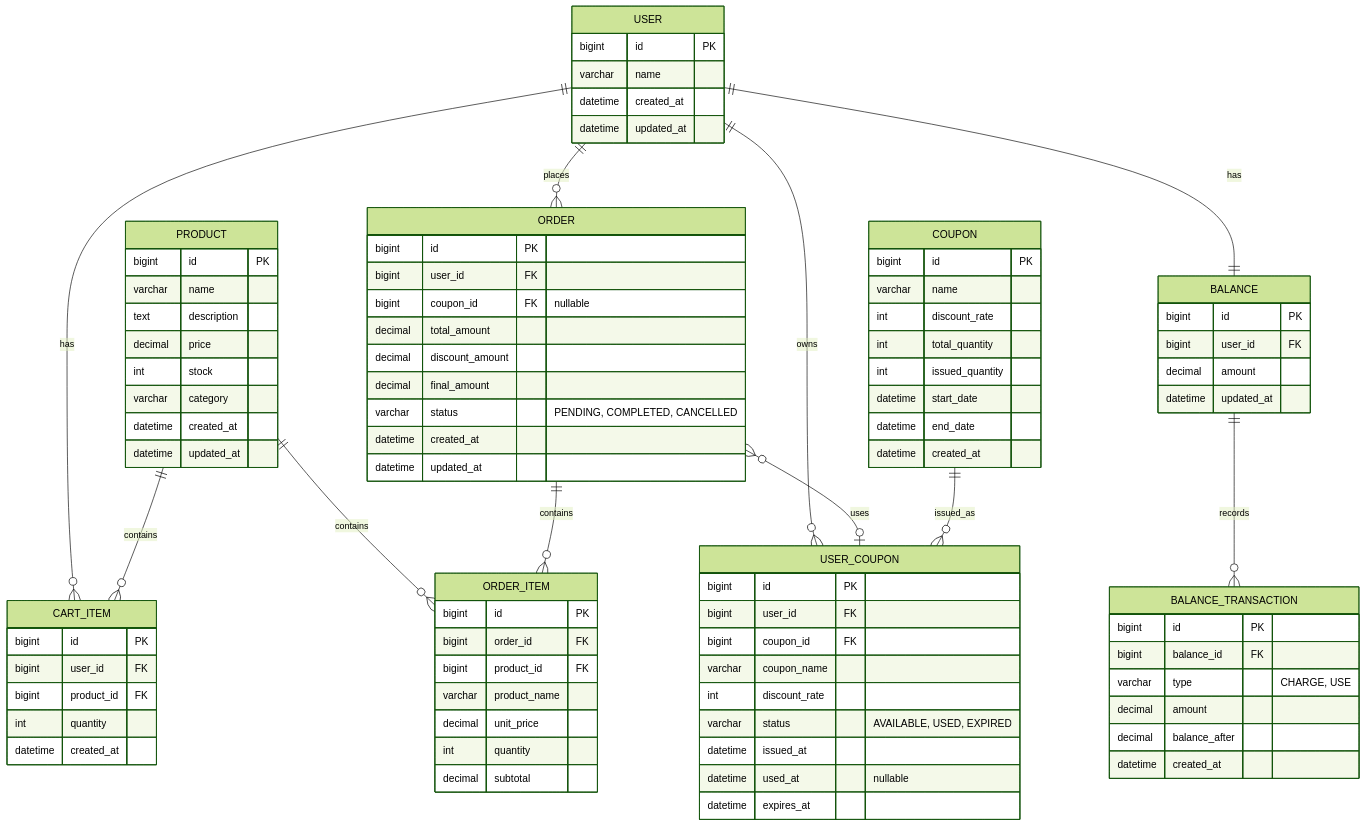
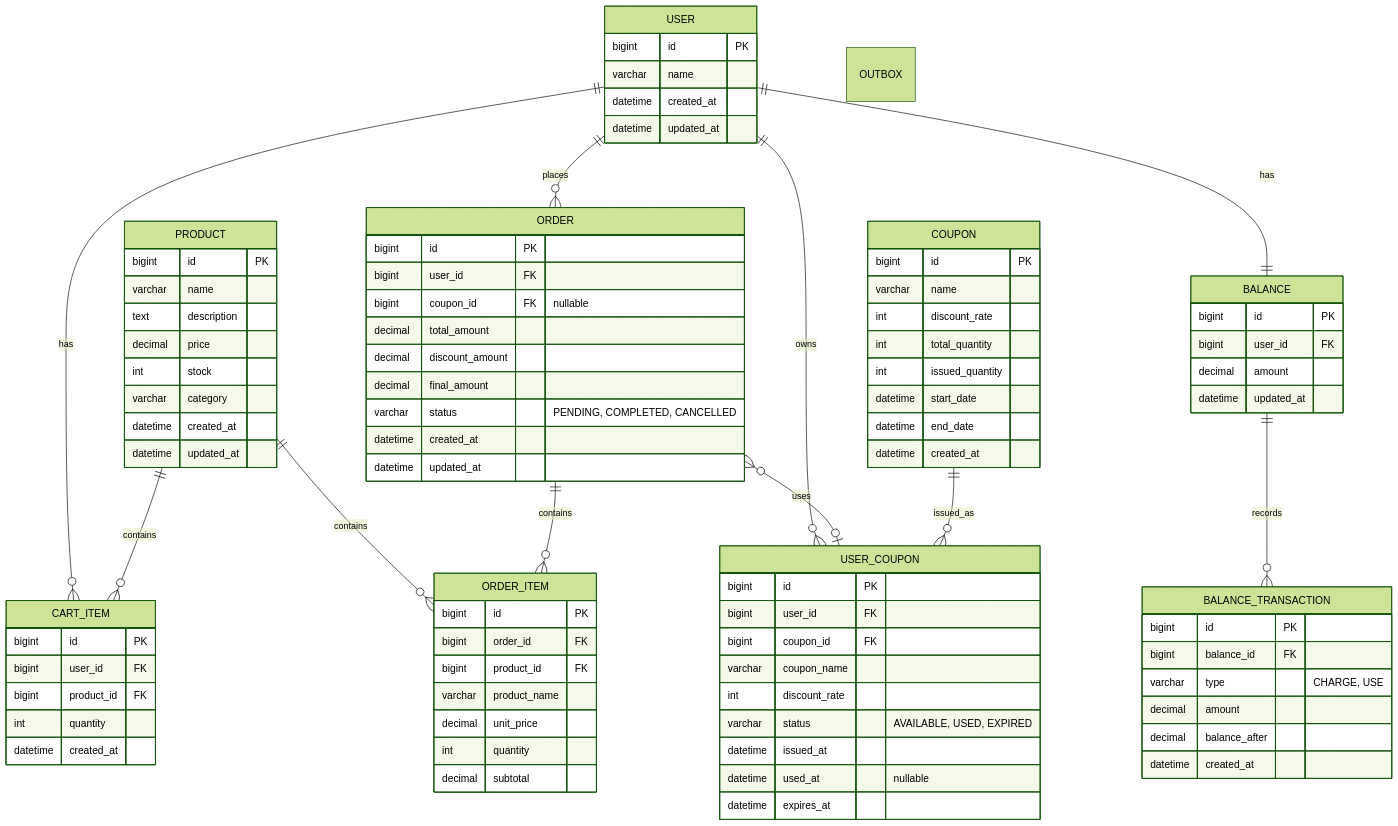
The diagram in docs/data-models.md (ji-0o0o0o0/hhplus_e-commerce), drawn with Mermaid (forest theme) before and after one commit.

Commit message:
Add OUTBOX section to data models documentation #1

````diff
--- a/docs/data-models.md
+++ b/docs/data-models.md
@@ -105,4 +105,6 @@
         datetime used_at "nullable"
         datetime expires_at
     }
+    OUTBOX {
+    }
 ```
````
